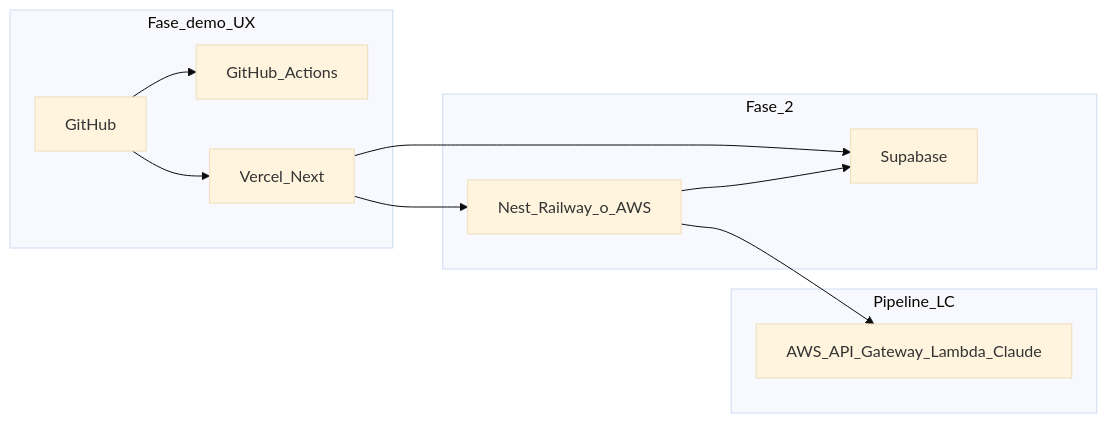
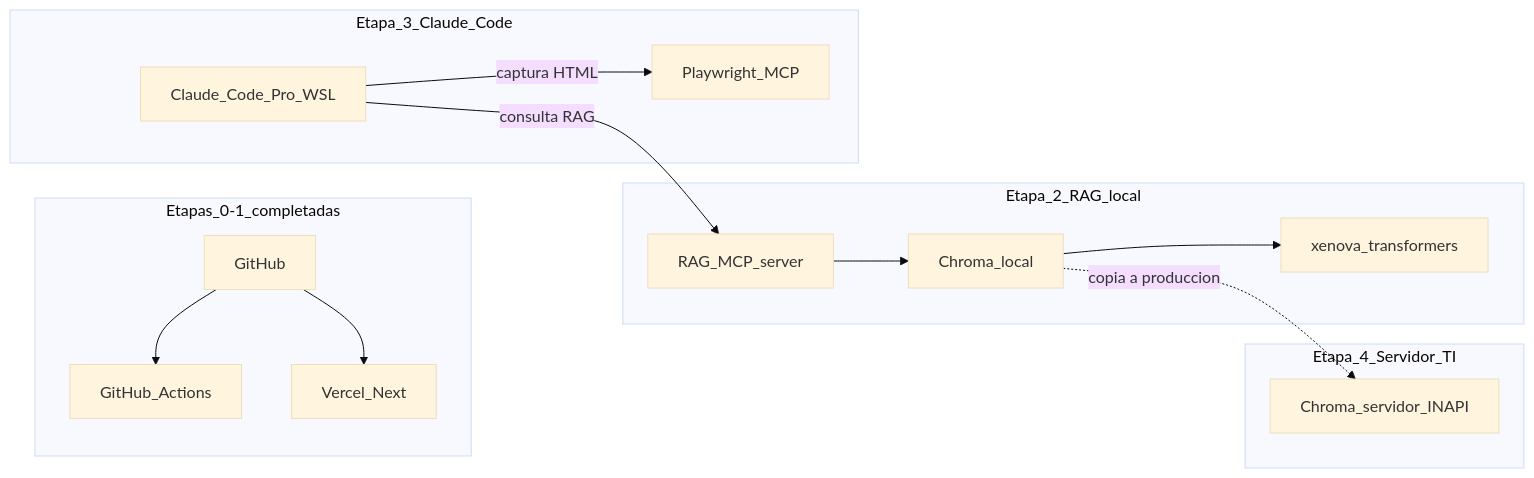
One commit to Fernandodesign96/lc-inapi.app changed the diagram in docs/despliegue/despliegue-hibrido.md. Above: the diagram before and after it, drawn with Mermaid (base theme). The commit also changed other lines of this file, not shown here.

First line of the commit message:
docs: actualizar despliegue-hibrido.md con el plan de despliegue en etapas 2-4

````diff
--- a/docs/despliegue/despliegue-hibrido.md
+++ b/docs/despliegue/despliegue-hibrido.md
@@ -31,21 +31,27 @@
 ```mermaid
 flowchart LR
-  subgraph ux [Fase_demo_UX]
+  subgraph ux [Etapas_0-1_completadas]
     GH[GitHub]
     GHA[GitHub_Actions]
     V[Vercel_Next]
   end
-  subgraph f2 [Fase_2]
-    SB[Supabase]
-    Nest[Nest_Railway_o_AWS]
+  subgraph rag [Etapa_2_RAG_local]
+    CH[Chroma_local]
+    XE[xenova_transformers]
+    RM[RAG_MCP_server]
   end
-  subgraph lc [Pipeline_LC]
-    AWS[AWS_API_Gateway_Lambda_Claude]
+  subgraph cc [Etapa_3_Claude_Code]
+    PW[Playwright_MCP]
+    CCP[Claude_Code_Pro_WSL]
+  end
+  subgraph ti [Etapa_4_Servidor_TI]
+    TI[Chroma_servidor_INAPI]
   end
   GH --> GHA
   GH --> V
-  V --> SB
-  V --> Nest
-  Nest --> SB
-  Nest --> AWS
+  CCP -->|captura HTML| PW
+  CCP -->|consulta RAG| RM
+  RM --> CH
+  CH --> XE
+  CH -.->|copia a produccion| TI
 ```
````
